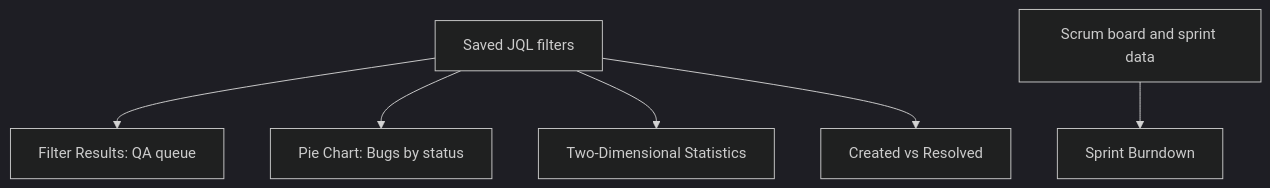
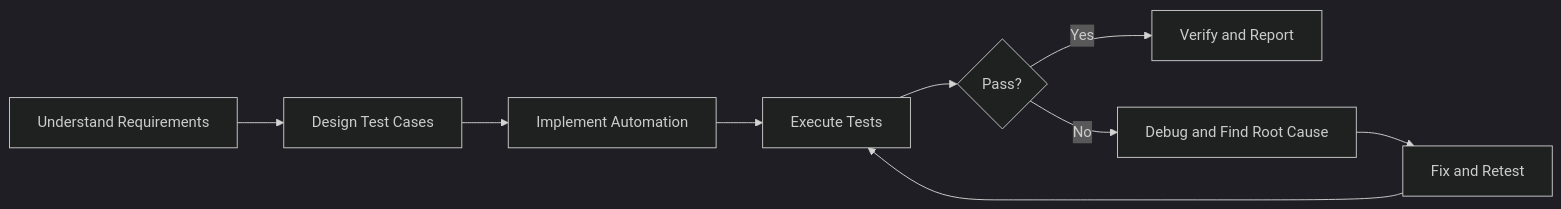
The second of 2 diagrams in README.md (ChandanLabs/Veeva_System_Training), drawn with Mermaid (dark theme) before and after one commit. The commit also changed other lines of this file, not shown here.

First line of the commit message:
Revise README for Java Automation Engineering

````diff
--- a/README.md
+++ b/README.md
@@ -477,8 +94,11 @@
 ```mermaid
-flowchart TD
-    A[Saved JQL filters] --> B[Filter Results: QA queue]
-    A --> C[Pie Chart: Bugs by status]
-    A --> D[Two-Dimensional Statistics]
-    A --> E[Created vs Resolved]
-    F[Scrum board and sprint data] --> G[Sprint Burndown]
+flowchart LR
+    A[Understand Requirements] --> B[Design Test Cases]
+    B --> C[Implement Automation]
+    C --> D[Execute Tests]
+    D --> E{Pass?}
+    E -->|Yes| F[Verify and Report]
+    E -->|No| G[Debug and Find Root Cause]
+    G --> H[Fix and Retest]
+    H --> D
 ```
````
